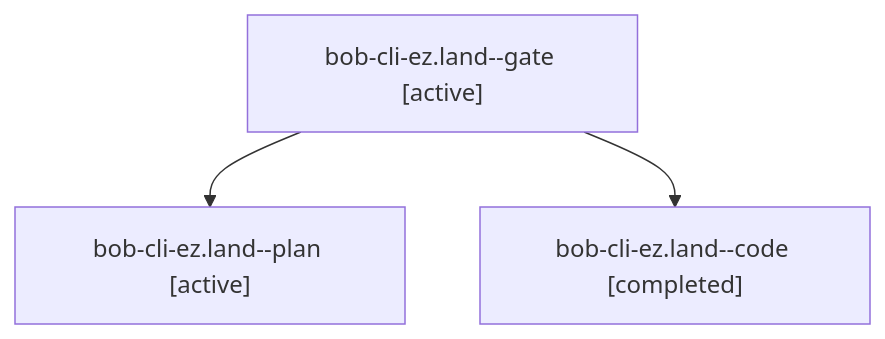
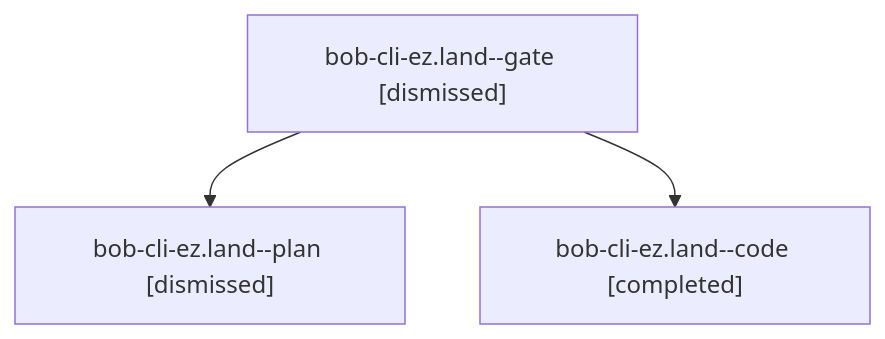
Before and after one commit to bobs-org/bob-cli--agents: the diagram in sessions/bbugyi200.apollo.bob-cli-ez.land.md, drawn with Mermaid. The commit also changed other lines of this file and 240 other files, not shown here.

````diff
--- a/sessions/bbugyi200.apollo.bob-cli-ez.land.md
+++ b/sessions/bbugyi200.apollo.bob-cli-ez.land.md
@@ -9,8 +9,8 @@
 ```mermaid
 flowchart TD
-  n0["bob-cli-ez.land--gate [active]"]
-  n1["bob-cli-ez.land--plan [active]"]
+  n0["bob-cli-ez.land--gate [dismissed]"]
+  n1["bob-cli-ez.land--plan [dismissed]"]
   n0 --> n1
   n2["bob-cli-ez.land--code [completed]"]
   n0 --> n2
 ```
````
